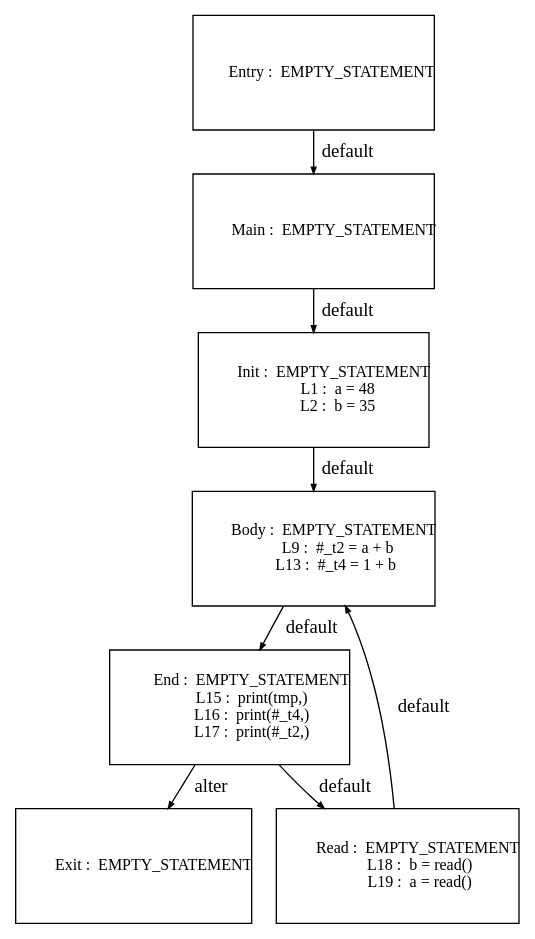
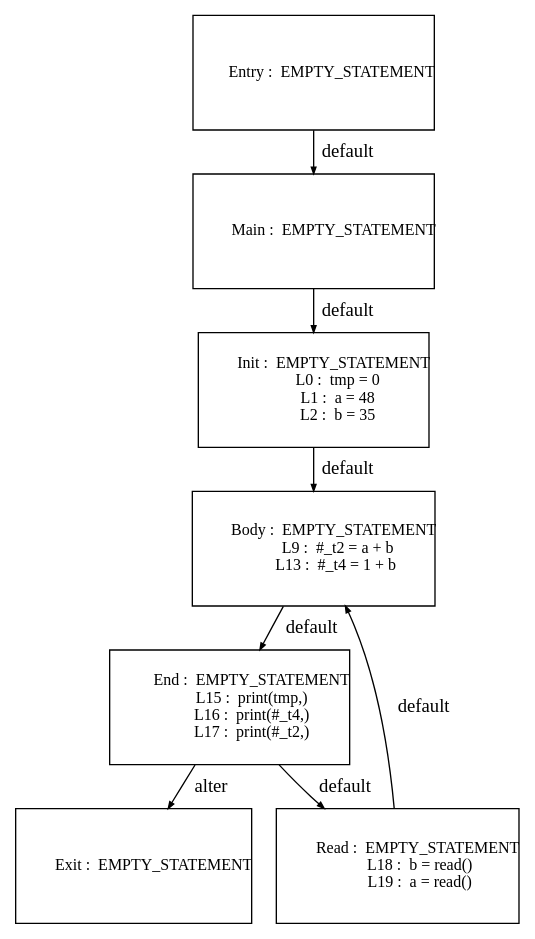
One commit to Geoffrey1014/ST_DSE changed the diagram in tests_programs/dataflow/05_test_output/Graph_DSE_0.dot. Above: the diagram before and after it, drawn with Graphviz. The commit also changed 213 other files, not shown here.

```diff
--- a/tests_programs/dataflow/05_test_output/Graph_DSE_0.dot
+++ b/tests_programs/dataflow/05_test_output/Graph_DSE_0.dot
@@ -1,67 +1,70 @@
 digraph G {
   ranksep=.25;
   edge [arrowsize=.5]
   node [shape=rectangle, fontname="ArialNarrow",
         fontsize=12,  height=1.2];
   "           Main :  EMPTY_STATEMENT
 "; "           Init :  EMPTY_STATEMENT
+             L0 :  tmp = 0
              L1 :  a = 48
              L2 :  b = 35
 "; "           Body :  EMPTY_STATEMENT
              L9 :  #_t2 = a + b
             L13 :  #_t4 = 1 + b
 "; "          Entry :  EMPTY_STATEMENT
 "; "            End :  EMPTY_STATEMENT
             L15 :  print(tmp,)
             L16 :  print(#_t4,)
             L17 :  print(#_t2,)
 "; "           Exit :  EMPTY_STATEMENT
 "; "           Read :  EMPTY_STATEMENT
             L18 :  b = read()
             L19 :  a = read()
 "; 
   "           Main :  EMPTY_STATEMENT
 " -> "           Init :  EMPTY_STATEMENT
+             L0 :  tmp = 0
              L1 :  a = 48
              L2 :  b = 35
 "  [label="default"];
   "           Init :  EMPTY_STATEMENT
+             L0 :  tmp = 0
              L1 :  a = 48
              L2 :  b = 35
 " -> "           Body :  EMPTY_STATEMENT
              L9 :  #_t2 = a + b
             L13 :  #_t4 = 1 + b
 "  [label="default"];
   "           Body :  EMPTY_STATEMENT
              L9 :  #_t2 = a + b
             L13 :  #_t4 = 1 + b
 " -> "            End :  EMPTY_STATEMENT
             L15 :  print(tmp,)
             L16 :  print(#_t4,)
             L17 :  print(#_t2,)
 "  [label="default"];
   "          Entry :  EMPTY_STATEMENT
 " -> "           Main :  EMPTY_STATEMENT
 "  [label="default"];
   "            End :  EMPTY_STATEMENT
             L15 :  print(tmp,)
             L16 :  print(#_t4,)
             L17 :  print(#_t2,)
 " -> "           Read :  EMPTY_STATEMENT
             L18 :  b = read()
             L19 :  a = read()
 "  [label="default"];
   "            End :  EMPTY_STATEMENT
             L15 :  print(tmp,)
             L16 :  print(#_t4,)
             L17 :  print(#_t2,)
 " -> "           Exit :  EMPTY_STATEMENT
 "  [label="alter"];
   "           Read :  EMPTY_STATEMENT
             L18 :  b = read()
             L19 :  a = read()
 " -> "           Body :  EMPTY_STATEMENT
              L9 :  #_t2 = a + b
             L13 :  #_t4 = 1 + b
 "  [label="default"];
 }
```
